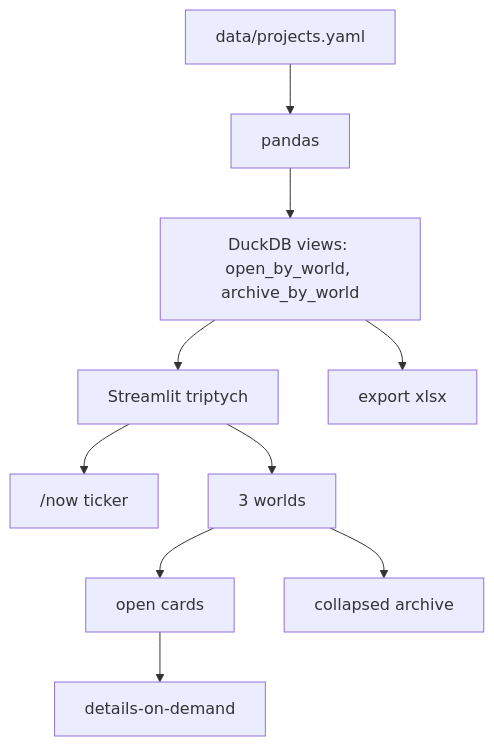
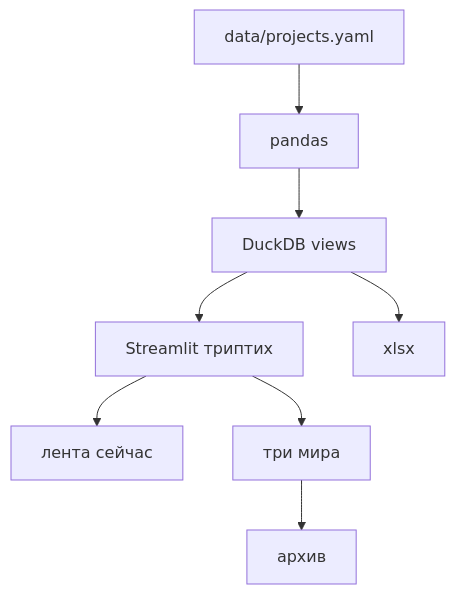
One commit to ValDagon/personal-dashboard changed the diagram in docs/10-product-spec.md. Above: the diagram before and after it, drawn with Mermaid. The commit also changed other lines of this file and 18 other files, not shown here.

First line of the commit message:
Ship the Russian Streamlit triptych and DuckDB-backed project board.

````diff
--- a/docs/10-product-spec.md
+++ b/docs/10-product-spec.md
@@ -58,12 +55,10 @@
 ```mermaid
 flowchart TB
   yaml["data/projects.yaml"] --> pandas["pandas"]
-  pandas --> duck["DuckDB views: open_by_world, archive_by_world"]
-  duck --> st["Streamlit triptych"]
-  st --> now["/now ticker"]
-  st --> cols["3 worlds"]
-  cols --> cards["open cards"]
-  cols --> arch["collapsed archive"]
-  cards --> detail["details-on-demand"]
-  duck --> xlsx["export xlsx"]
+  pandas --> duck["DuckDB views"]
+  duck --> st["Streamlit триптих"]
+  st --> now["лента сейчас"]
+  st --> cols["три мира"]
+  cols --> arch["архив"]
+  duck --> xlsx["xlsx"]
 ```
````
